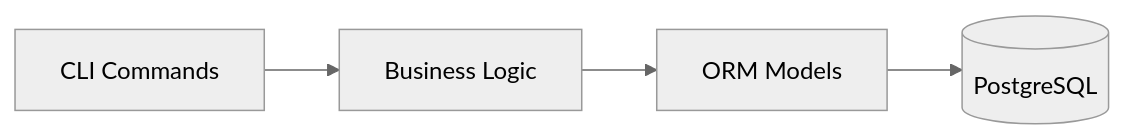
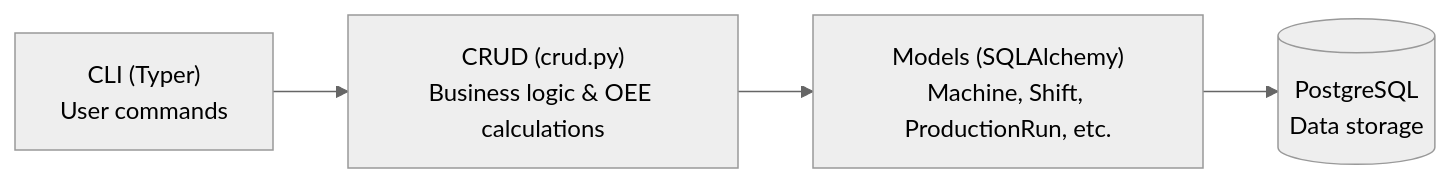
Before and after one commit to aott33/oee-tracker: the diagram in README.md, drawn with Mermaid (neutral theme).

Commit message:
upgrade readme

````diff
--- a/README.md
+++ b/README.md
@@ -7,6 +7,6 @@
 ```mermaid
 flowchart LR
-    CLI[CLI Commands] --> CRUD[Business Logic]
-    CRUD --> Models[ORM Models]
-    Models --> DB[(PostgreSQL)]
+    CLI["CLI (Typer)<br/>User commands"] --> CRUD["CRUD (crud.py)<br/>Business logic & OEE calculations"]
+    CRUD --> Models["Models (SQLAlchemy)<br/>Machine, Shift, ProductionRun, etc."]
+    Models --> DB[("PostgreSQL<br/>Data storage")]
 ```
````
